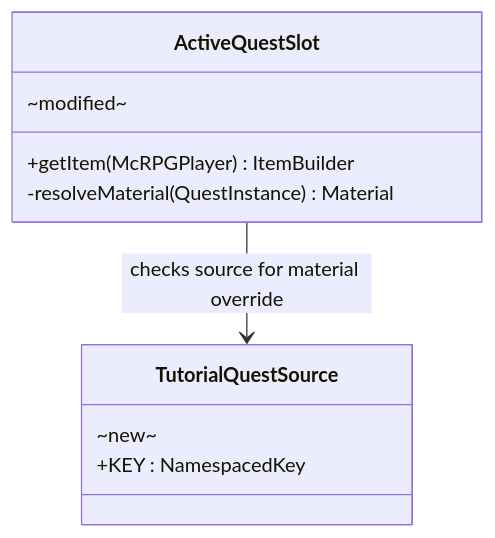
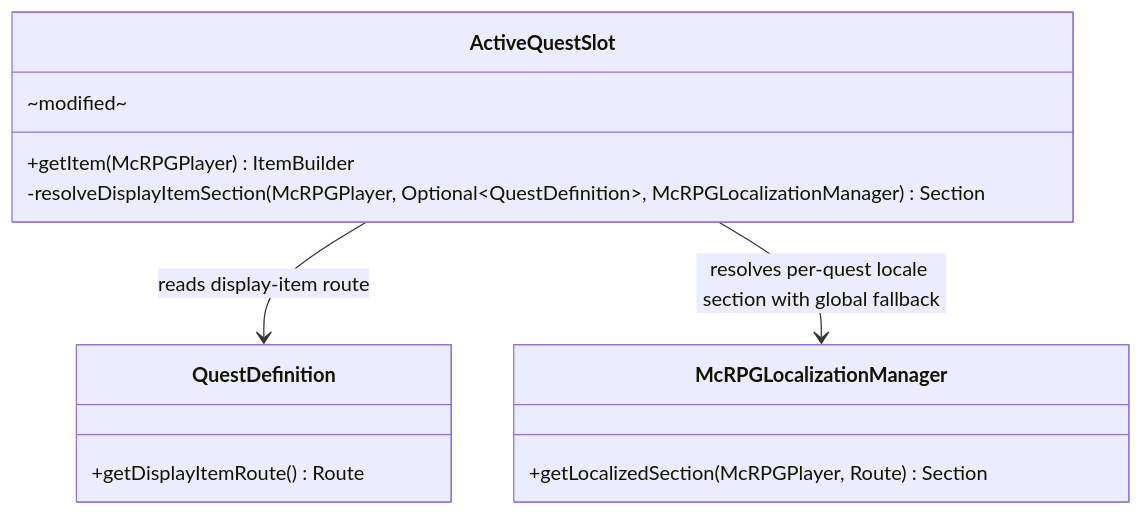
One commit to DiamondDagger590/McRPG changed the fifth of 5 diagrams in docs/lld/tutorial-quest-system/phase-3-tutorial-content.md. Above: the diagram before and after it, drawn with Mermaid. The commit also changed other lines of this file and 2 other files, not shown here.

````diff
--- a/docs/lld/tutorial-quest-system/phase-3-tutorial-content.md
+++ b/docs/lld/tutorial-quest-system/phase-3-tutorial-content.md
@@ -226,17 +226,21 @@
 ```mermaid
 classDiagram
     direction TB
 
     class ActiveQuestSlot {
         ~modified~
         +getItem(McRPGPlayer) ItemBuilder
-        -resolveMaterial(QuestInstance) Material
+        -resolveDisplayItemSection(McRPGPlayer, Optional~QuestDefinition~, McRPGLocalizationManager) Section
     }
 
-    class TutorialQuestSource {
-        ~new~
-        +KEY : NamespacedKey
+    class QuestDefinition {
+        +getDisplayItemRoute() Route
     }
 
-    ActiveQuestSlot --> TutorialQuestSource : checks source for material override
+    class McRPGLocalizationManager {
+        +getLocalizedSection(McRPGPlayer, Route) Section
+    }
+
+    ActiveQuestSlot --> QuestDefinition : reads display-item route
+    ActiveQuestSlot --> McRPGLocalizationManager : resolves per-quest locale section with global fallback
 ```
````
